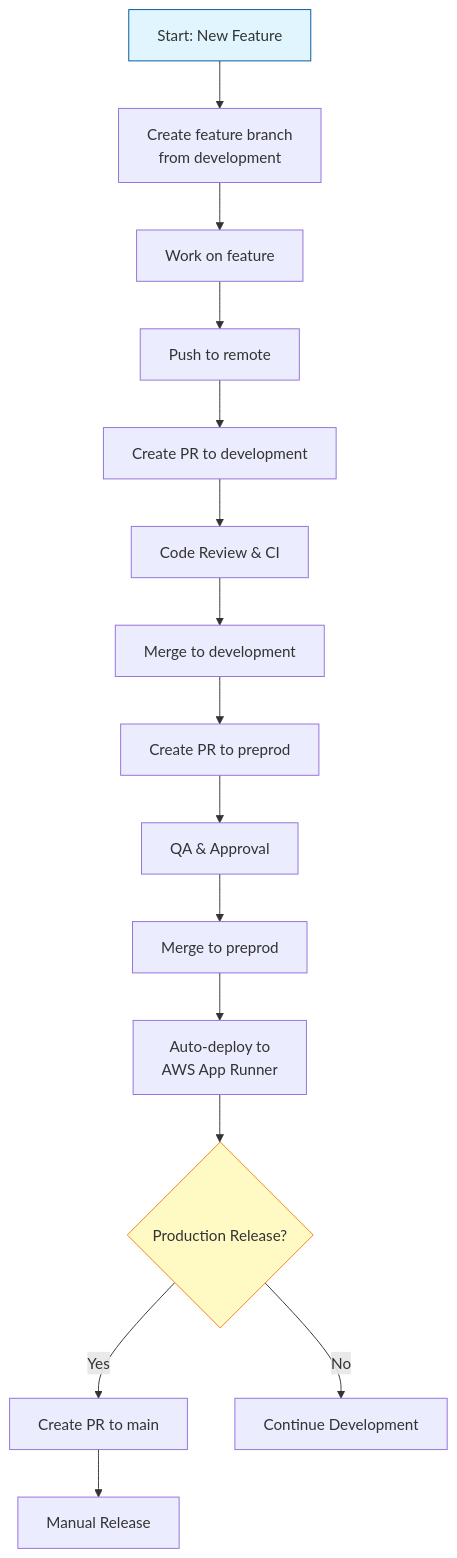
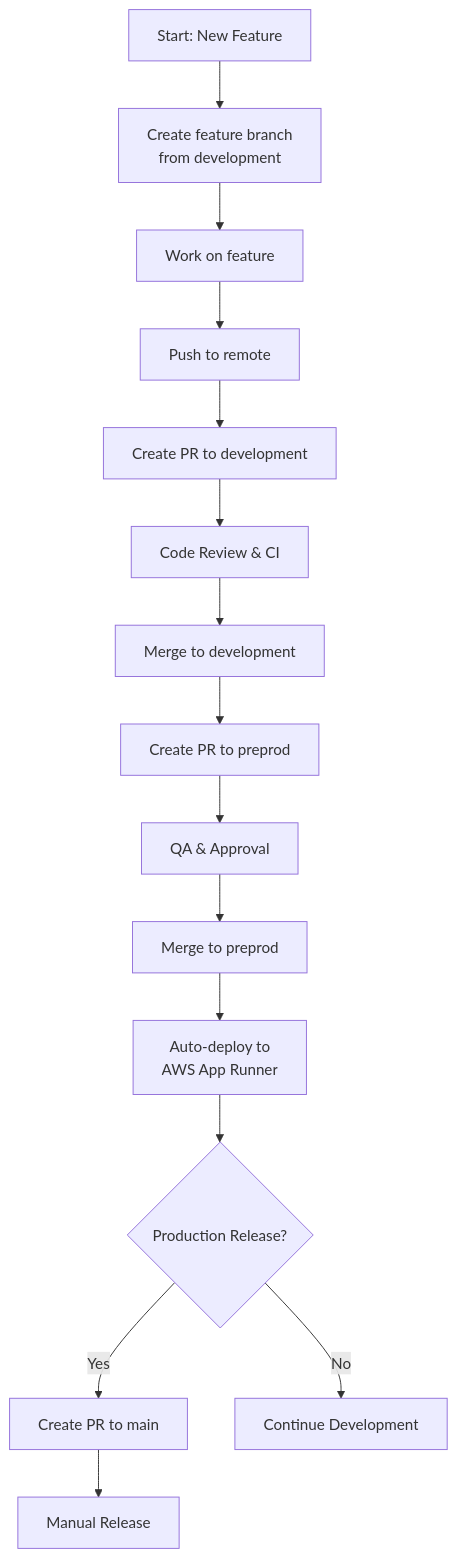
The diagram in docs/branching-strategy.md (Swasthx/Swasthx-documentation), drawn with Mermaid before and after one commit. The commit also changed 1 other file, not shown here.

Commit message:
architecuture enhance

````diff
--- a/docs/branching-strategy.md
+++ b/docs/branching-strategy.md
@@ -14,20 +14,17 @@
 ```mermaid
 graph TD
     A[Start: New Feature] --> B[Create feature branch\nfrom development]
     B --> C[Work on feature]
     C --> D[Push to remote]
     D --> E[Create PR to development]
     E --> F[Code Review & CI]
     F --> G[Merge to development]
     G --> H[Create PR to preprod]
     H --> I[QA & Approval]
     I --> J[Merge to preprod]
     J --> K[Auto-deploy to\nAWS App Runner]
     K --> L{Production Release?}
     L -->|Yes| M[Create PR to main]
     M --> N[Manual Release]
     L -->|No| O[Continue Development]
-    
-    style A fill:#e1f5fe,stroke:#01579b
-    style L fill:#fff9c4,stroke:#f57f17
 ```
````
